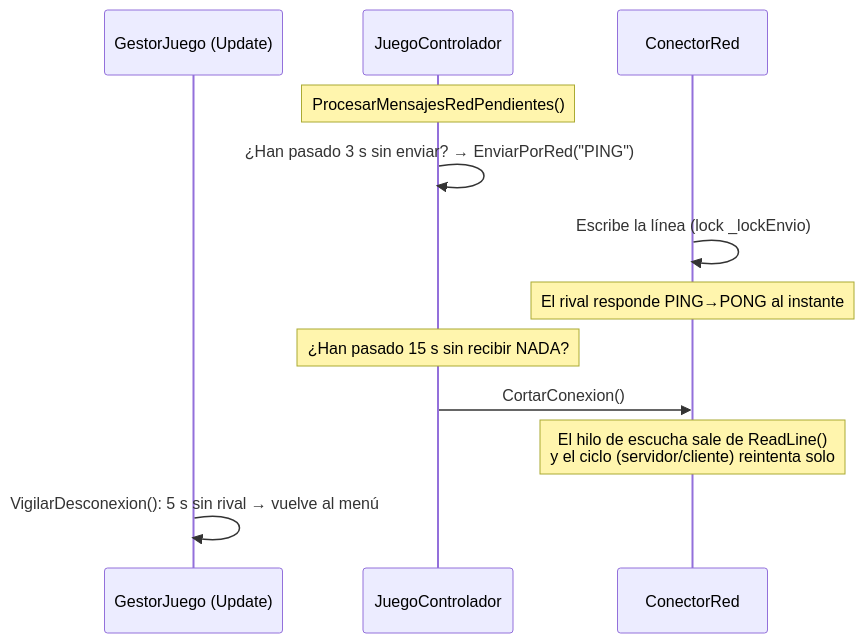
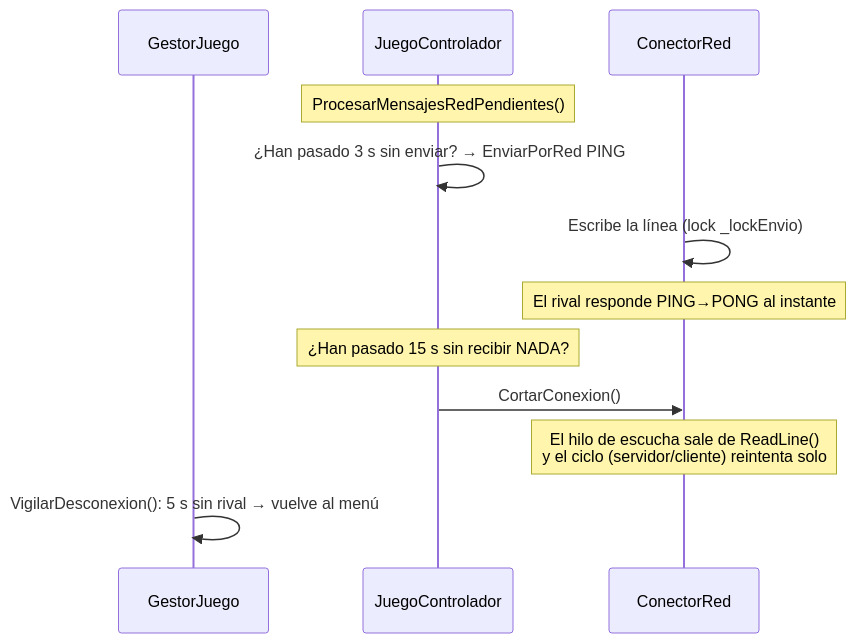
One commit to bardock7238/RTS-Academico changed the third of 19 diagrams in DOCUMENTACION.md. Above: the diagram before and after it, drawn with Mermaid. The commit also changed other lines of this file and 1 other file, not shown here.

````diff
--- a/DOCUMENTACION.md
+++ b/DOCUMENTACION.md
@@ -644,16 +644,16 @@
 ```mermaid
 sequenceDiagram
-    participant CG as GestorJuego (Update)
+    participant CG as GestorJuego
     participant C as JuegoControlador
     participant CR as ConectorRed
 
     Note over C: ProcesarMensajesRedPendientes()
-    C->>C: ¿Han pasado 3 s sin enviar? → EnviarPorRed("PING")
+    C->>C: ¿Han pasado 3 s sin enviar? → EnviarPorRed PING
     CR->>CR: Escribe la línea (lock _lockEnvio)
     Note over CR: El rival responde PING→PONG al instante
 
     Note over C: ¿Han pasado 15 s sin recibir NADA?
     C->>CR: CortarConexion()
     Note over CR: El hilo de escucha sale de ReadLine()<br/>y el ciclo (servidor/cliente) reintenta solo
     CG->>CG: VigilarDesconexion(): 5 s sin rival → vuelve al menú
 ```
````
